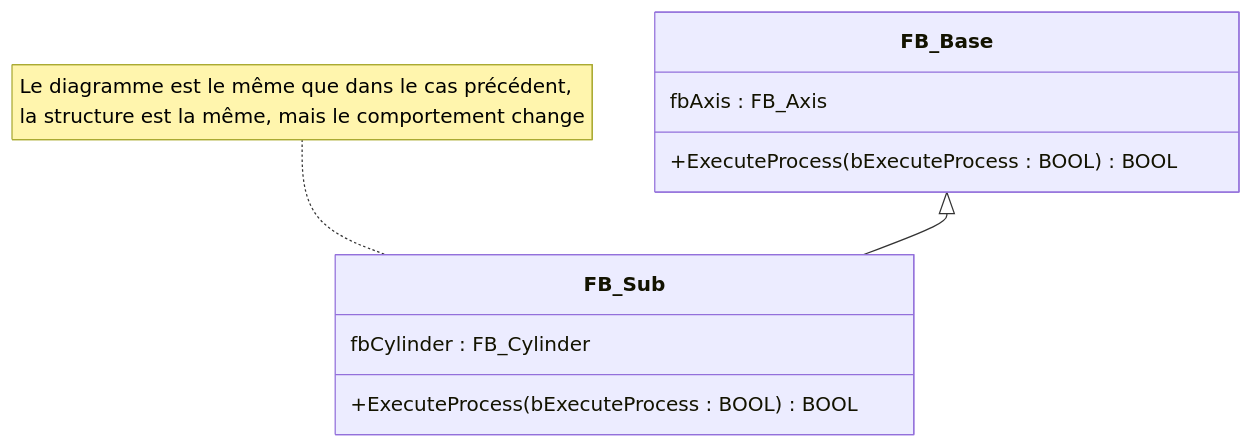
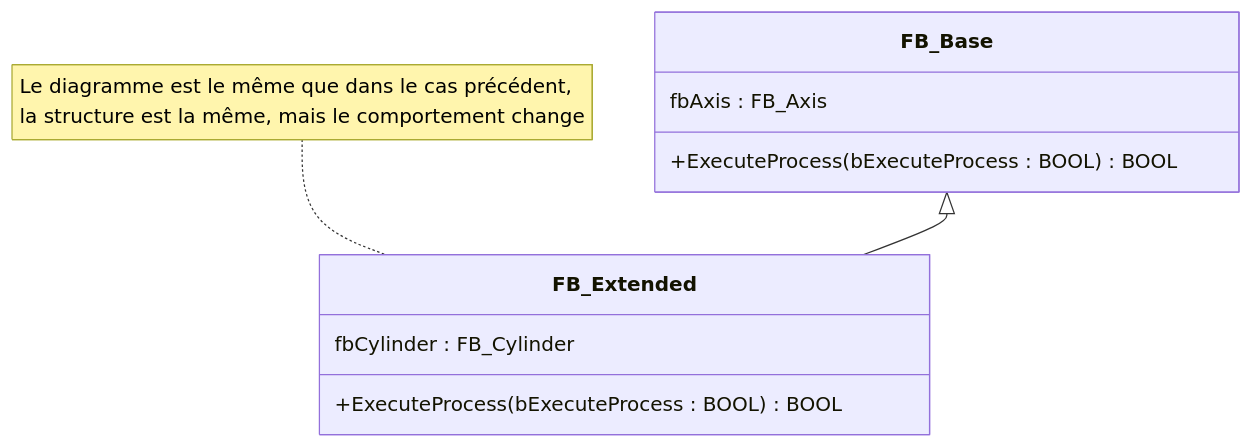
One commit to hei-synd-aaut/aaut-docs changed the sixth of 7 diagrams in AAut_MOD_04_IEC_61131_OOP_TOOLS/README.md. Above: the diagram before and after it, drawn with Mermaid. The commit also changed other lines of this file and 1 other file, not shown here.

````diff
--- a/AAut_MOD_04_IEC_61131_OOP_TOOLS/README.md
+++ b/AAut_MOD_04_IEC_61131_OOP_TOOLS/README.md
@@ -955,17 +977,17 @@
 ```mermaid
 classDiagram
     class FB_Base {
         fbAxis : FB_Axis
         +ExecuteProcess(bExecuteProcess : BOOL) BOOL
     }
     
-    class FB_Sub {
+    class FB_Extended {
         fbCylinder : FB_Cylinder
         +ExecuteProcess(bExecuteProcess : BOOL) BOOL
     }
 
-    FB_Base <|-- FB_Sub
+    FB_Base <|-- FB_Extended
 
-note for FB_Sub "Le diagramme est le même que dans le cas précédent,
+note for FB_Extended "Le diagramme est le même que dans le cas précédent,
 la structure est la même, mais le comportement change"  
 ```
````
